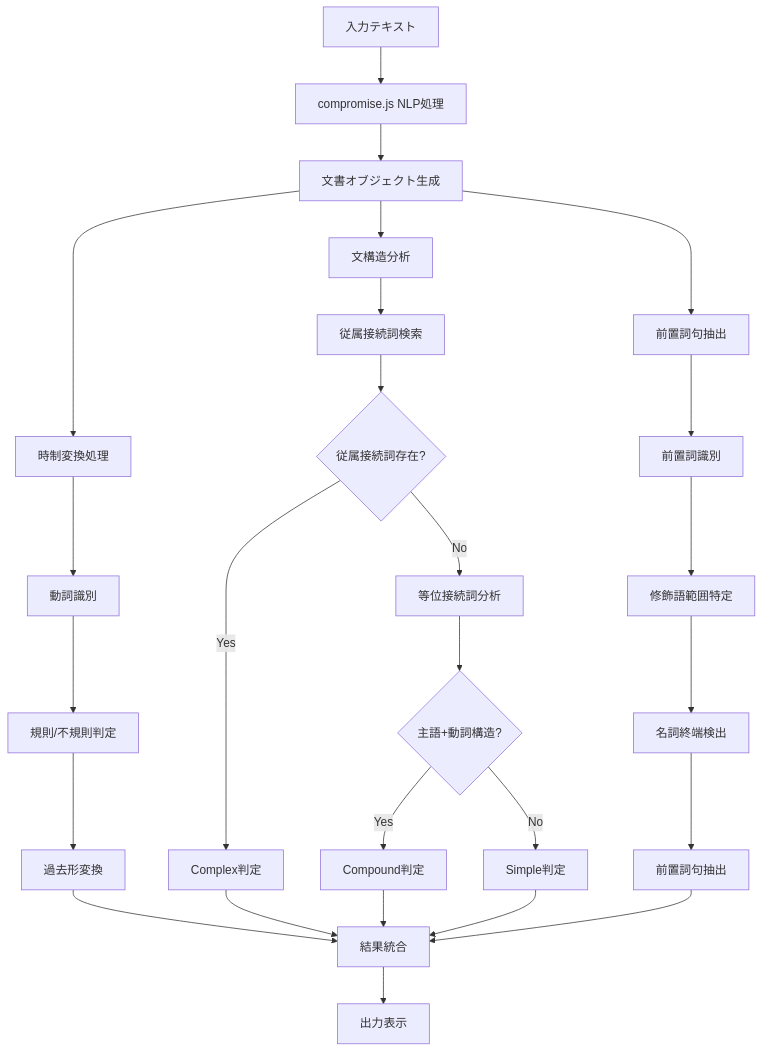
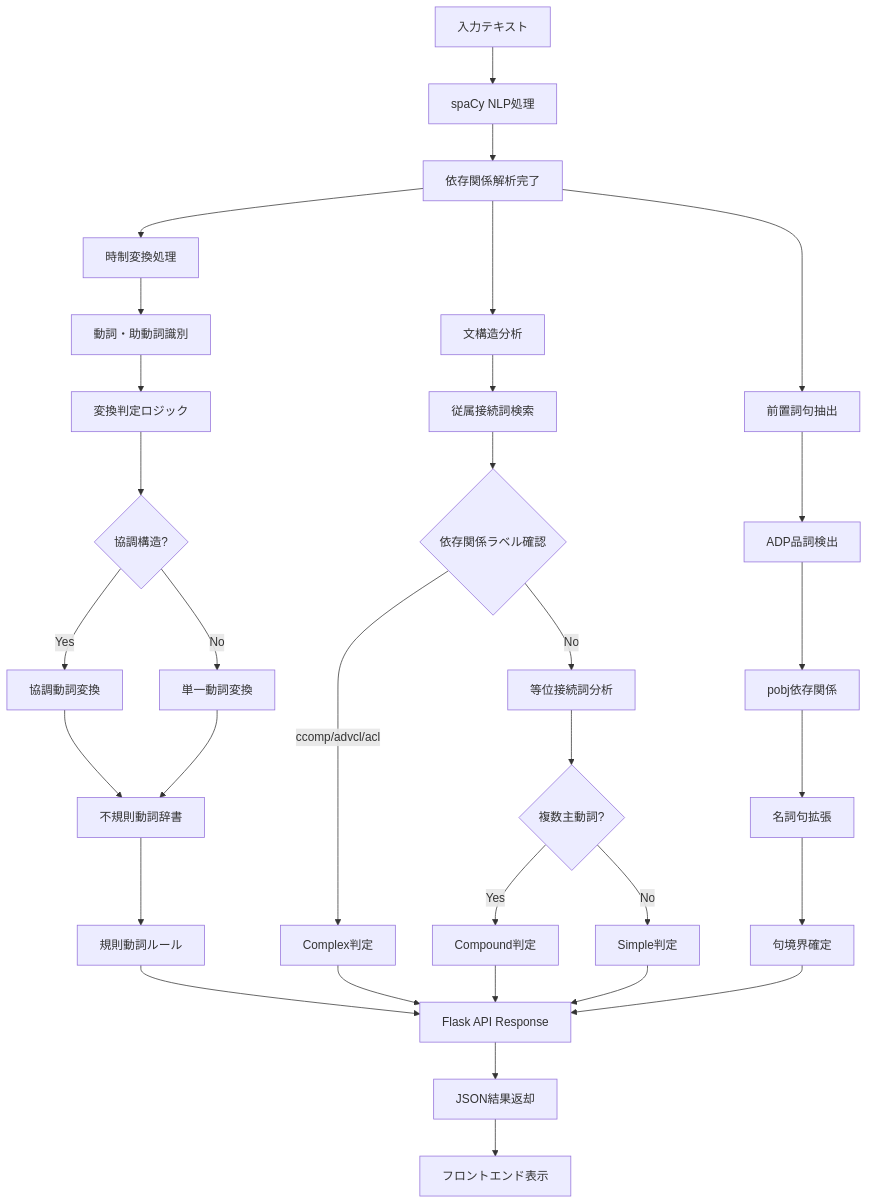
Before and after one commit to Hina524/patterns_and_language: the first of 3 diagrams in report.md, drawn with Mermaid. The commit also changed other lines of this file and 17 other files, not shown here.

````diff
--- a/report.md
+++ b/report.md
@@ -90,32 +117,38 @@
 ``` mermaid
 flowchart TD
-    A[入力テキスト] --> B[compromise.js NLP処理]
-    B --> C[文書オブジェクト生成]
+    A[入力テキスト] --> B[spaCy NLP処理]
+    B --> C[依存関係解析完了]
     C --> D[時制変換処理]
     C --> E[文構造分析]
     C --> F[前置詞句抽出]
     
-    D --> D1[動詞識別]
-    D1 --> D2[規則/不規則判定]
-    D2 --> D3[過去形変換]
+    D --> D1[動詞・助動詞識別]
+    D1 --> D2[変換判定ロジック]
+    D2 --> D3{協調構造?}
+    D3 -->|Yes| D4[協調動詞変換]
+    D3 -->|No| D5[単一動詞変換]
+    D4 --> D6[不規則動詞辞書]
+    D5 --> D6
+    D6 --> D7[規則動詞ルール]
     
     E --> E1[従属接続詞検索]
-    E1 --> E2{従属接続詞存在?}
-    E2 -->|Yes| E3[Complex判定]
+    E1 --> E2{依存関係ラベル確認}
+    E2 -->|ccomp/advcl/acl| E3[Complex判定]
     E2 -->|No| E4[等位接続詞分析]
-    E4 --> E5{主語+動詞構造?}
+    E4 --> E5{複数主動詞?}
     E5 -->|Yes| E6[Compound判定]
     E5 -->|No| E7[Simple判定]
     
-    F --> F1[前置詞識別]
-    F1 --> F2[修飾語範囲特定]
-    F2 --> F3[名詞終端検出]
-    F3 --> F4[前置詞句抽出]
+    F --> F1[ADP品詞検出]
+    F1 --> F2[pobj依存関係]
+    F2 --> F3[名詞句拡張]
+    F3 --> F4[句境界確定]
     
-    D3 --> G[結果統合]
+    D7 --> G[Flask API Response]
     E3 --> G
     E6 --> G
     E7 --> G
     F4 --> G
-    G --> H[出力表示]
+    G --> H[JSON結果返却]
+    H --> I[フロントエンド表示]
 ```
````
